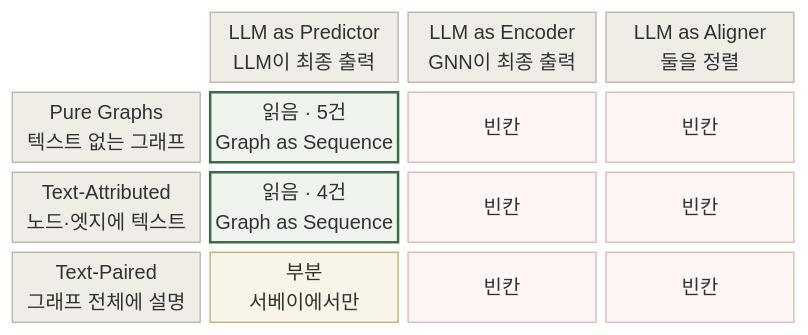
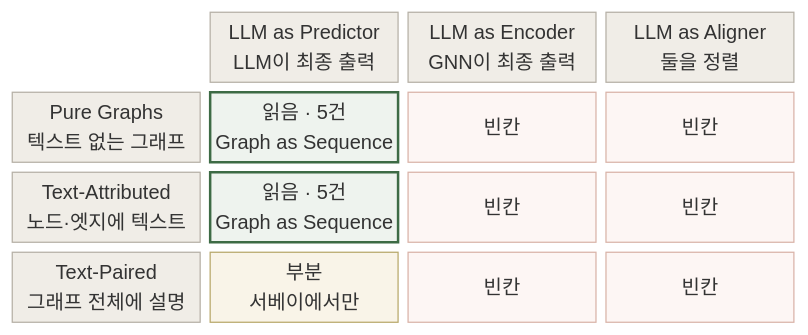
Before and after one commit to workdd/I_AM_ML_Engineer: the first of 3 diagrams in readings/_maps/graphrag_지식지도.md, drawn with Mermaid (neutral theme). The commit also changed other lines of this file and 3 other files, not shown here.

First line of the commit message:
docs: GraphRAG-Bench(When to use Graphs in RAG) 논문 정리

````diff
--- a/readings/_maps/graphrag_지식지도.md
+++ b/readings/_maps/graphrag_지식지도.md
@@ -32,19 +32,19 @@
 ```mermaid
 block-beta
   columns 4
   space h1["LLM as Predictor<br/>LLM이 최종 출력"] h2["LLM as Encoder<br/>GNN이 최종 출력"] h3["LLM as Aligner<br/>둘을 정렬"]
   r1["Pure Graphs<br/>텍스트 없는 그래프"] a1["읽음 · 5건<br/>Graph as Sequence"] a2["빈칸"] a3["빈칸"]
-  r2["Text-Attributed<br/>노드·엣지에 텍스트"] b1["읽음 · 4건<br/>Graph as Sequence"] b2["빈칸"] b3["빈칸"]
+  r2["Text-Attributed<br/>노드·엣지에 텍스트"] b1["읽음 · 5건<br/>Graph as Sequence"] b2["빈칸"] b3["빈칸"]
   r3["Text-Paired<br/>그래프 전체에 설명"] c1["부분<br/>서베이에서만"] c2["빈칸"] c3["빈칸"]
 
   classDef hdr fill:#f0ede7,stroke:#b6b0a6,color:#5b554e
   classDef row fill:#f0ede7,stroke:#b6b0a6,color:#1e1c1a
   classDef read fill:#eef3ee,stroke:#3d6b45,stroke-width:2px,color:#1e1c1a
   classDef part fill:#f9f4e8,stroke:#b8a86a,color:#1e1c1a
   classDef gap  fill:#fdf6f4,stroke:#d9b3a8,color:#a8503c
   class h1,h2,h3 hdr
   class r1,r2,r3 row
   class a1,b1 read
   class c1 part
   class a2,a3,b2,b3,c2,c3 gap
 ```
````
